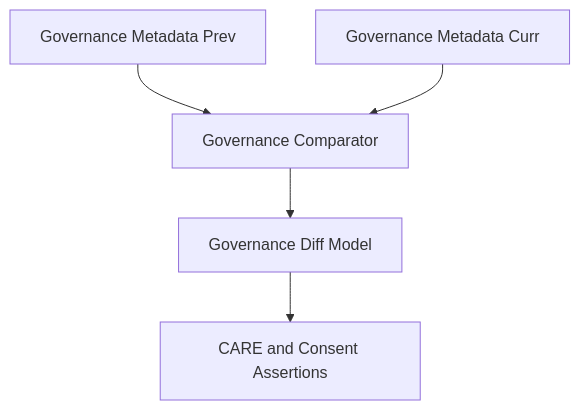
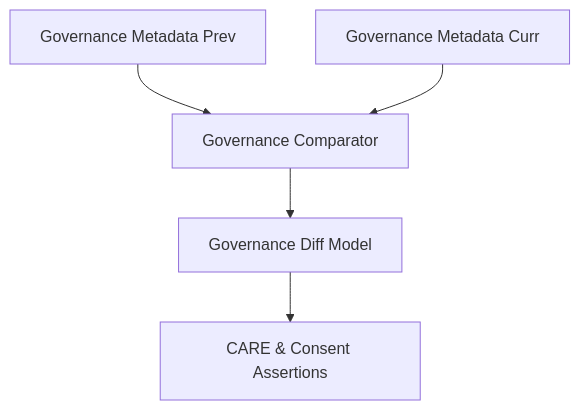
The third of 8 diagrams in web/src/entities/diff-first/tests/README.md (bartytime4life/Kansas-Frontier-Matrix), drawn with Mermaid before and after one commit. The commit also changed other lines of this file, not shown here.

````diff
--- a/web/src/entities/diff-first/tests/README.md
+++ b/web/src/entities/diff-first/tests/README.md
@@ -126,7 +202,7 @@
-```mermaid
+~~~mermaid
 flowchart TD
     GPREV[Governance Metadata Prev] --> GCOMP[Governance Comparator]
     GCURR[Governance Metadata Curr] --> GCOMP
     GCOMP --> GDIFF[Governance Diff Model]
-    GDIFF --> GASSERT[CARE and Consent Assertions]
-```
+    GDIFF --> GASSERT[CARE & Consent Assertions]
+~~~
````
